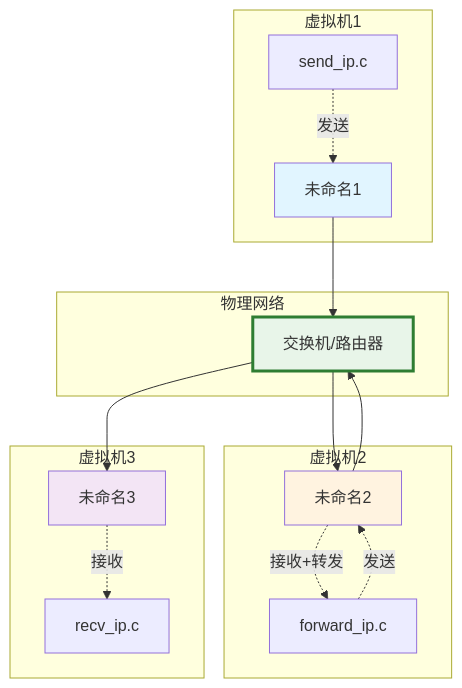
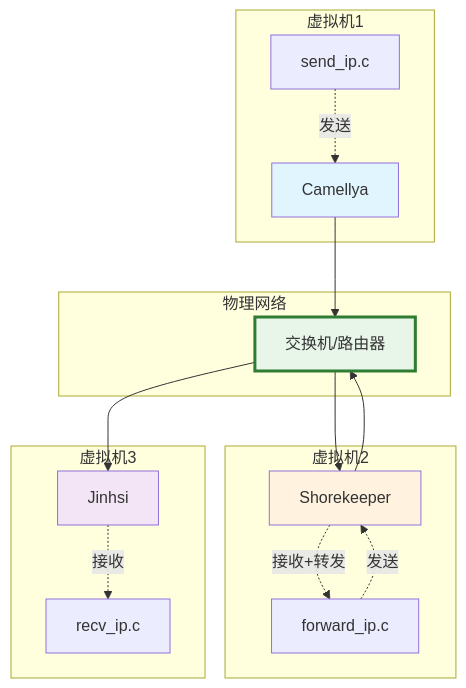
The third of 13 diagrams in Lab4/network_topology.md (ponder-j/HIT-Computer_Networks-Labs), drawn with Mermaid before and after one commit. The commit also changed other lines of this file and 2 other files, not shown here.

````diff
--- a/Lab4/network_topology.md
+++ b/Lab4/network_topology.md
@@ -39,35 +39,35 @@
 ```mermaid
 graph TB
     subgraph 物理网络
         SW[交换机/路由器]
     end
 
     subgraph 虚拟机1
-        A1[未命名1]
+        A1[Camellya]
         A2[send_ip.c]
     end
 
     subgraph 虚拟机2
-        B1[未命名2]
+        B1[Shorekeeper]
         B2[forward_ip.c]
     end
 
     subgraph 虚拟机3
-        C1[未命名3]
+        C1[Jinhsi]
         C2[recv_ip.c]
     end
 
     A2 -.->|发送| A1
     A1 --> SW
     SW --> B1
     B1 -.->|接收+转发| B2
     B2 -.->|发送| B1
     B1 --> SW
     SW --> C1
     C1 -.->|接收| C2
 
     style A1 fill:#e1f5ff
     style B1 fill:#fff3e0
     style C1 fill:#f3e5f5
     style SW fill:#e8f5e9,stroke:#2e7d32,stroke-width:3px
 ```
````
